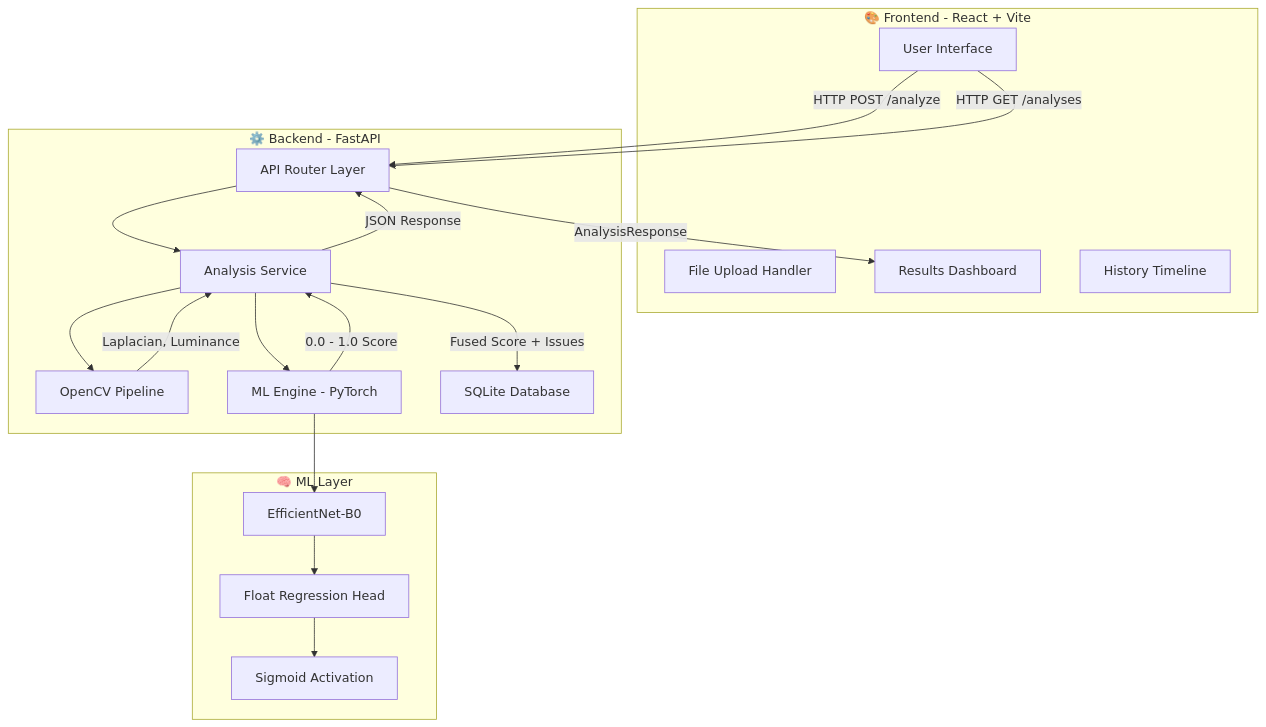
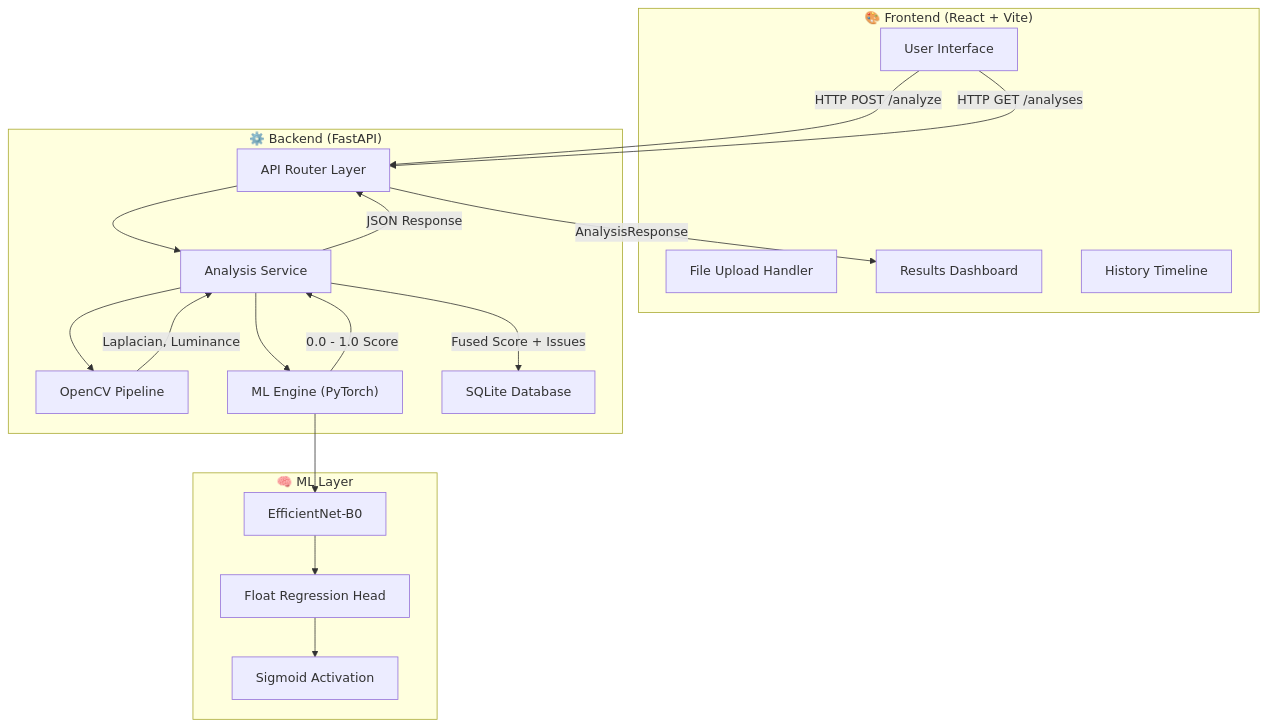
Before and after one commit to ANSHPG/VisiMetric: the diagram in README.md, drawn with Mermaid. The commit also changed other lines of this file, not shown here.

````diff
--- a/README.md
+++ b/README.md
@@ -193,38 +188,38 @@
 ```mermaid
 graph TB
-    subgraph Frontend["🎨 Frontend - React + Vite"]
+    subgraph Frontend["🎨 Frontend (React + Vite)"]
         UI["User Interface"]
         Upload["File Upload Handler"]
         Results["Results Dashboard"]
         History["History Timeline"]
     end
 
-    subgraph Backend["⚙️ Backend - FastAPI"]
+    subgraph Backend["⚙️ Backend (FastAPI)"]
         Router["API Router Layer"]
         Service["Analysis Service"]
         CV["OpenCV Pipeline"]
-        ML["ML Engine - PyTorch"]
+        ML["ML Engine (PyTorch)"]
         DB["SQLite Database"]
     end
 
     subgraph ML_Layer["🧠 ML Layer"]
         Model["EfficientNet-B0"]
         Sigmoid["Sigmoid Activation"]
         Regression["Float Regression Head"]
     end
 
     UI -->|"HTTP POST /analyze"| Router
     UI -->|"HTTP GET /analyses"| Router
     Router --> Service
     Service --> CV
     Service --> ML
     CV -->|"Laplacian, Luminance"| Service
     ML -->|"0.0 - 1.0 Score"| Service
     Service -->|"Fused Score + Issues"| DB
     Service -->|"JSON Response"| Router
     Router -->|"AnalysisResponse"| Results
 
     ML --> Model
     Model --> Regression
     Regression --> Sigmoid
 ```
````
